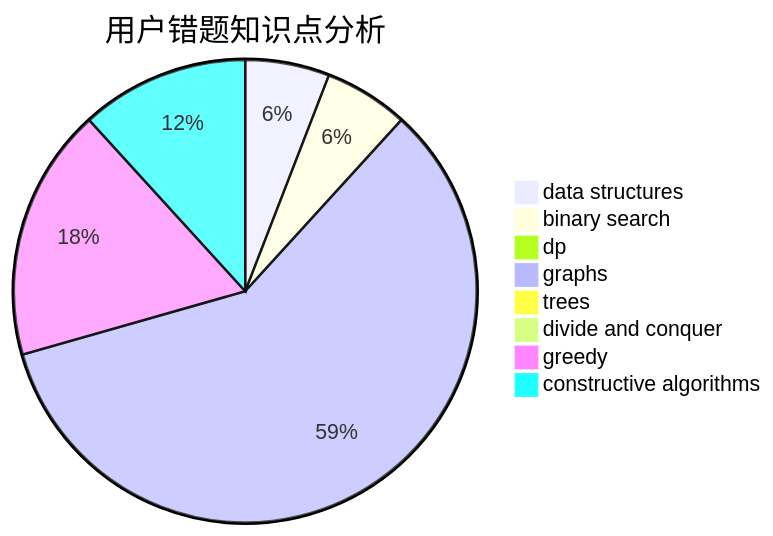
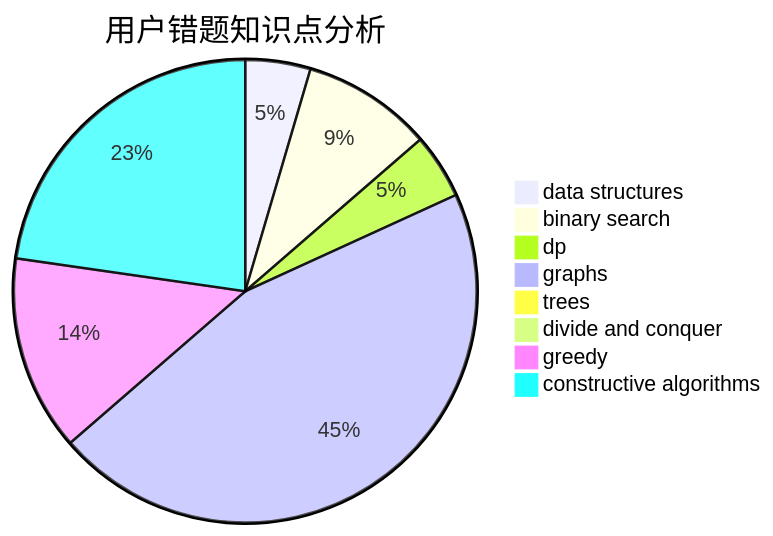
One commit to sherpahu/cfrs.github.io changed the third of 3 diagrams in docs/user/u202.md. Above: the diagram before and after it, drawn with Mermaid. The commit also changed other lines of this file and 2770 other files, not shown here.

````diff
--- a/docs/user/u202.md
+++ b/docs/user/u202.md
@@ -36,11 +36,11 @@
 ```mermaid
 pie title 用户错题知识点分析
     "data structures" :  1
-    "binary search" :  1
-    "dp" :  0
+    "binary search" :  2
+    "dp" :  1
     "graphs" :  10
     "trees" :  0
     "divide and conquer" :  0
     "greedy" :  3
-    "constructive algorithms" :  2
+    "constructive algorithms" :  5
 ```
````
